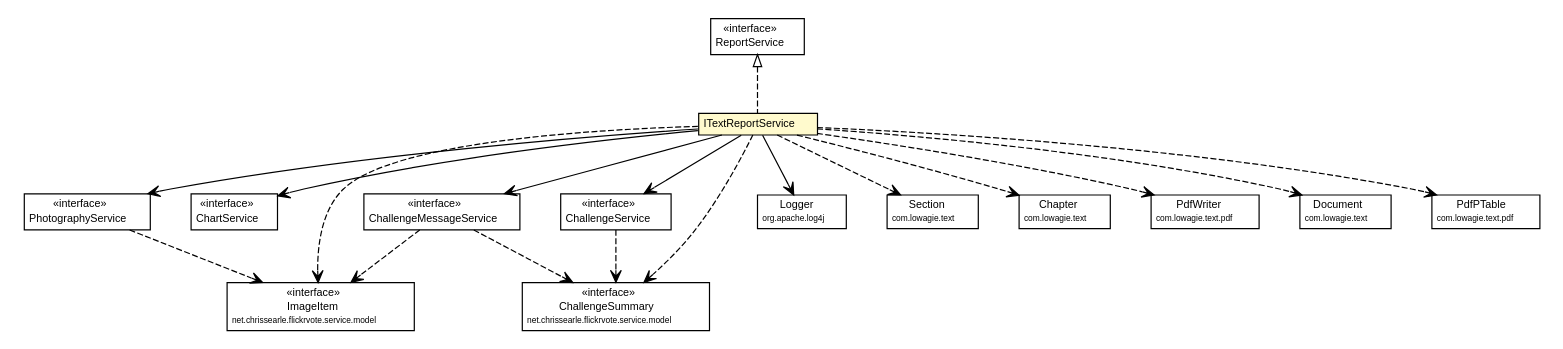
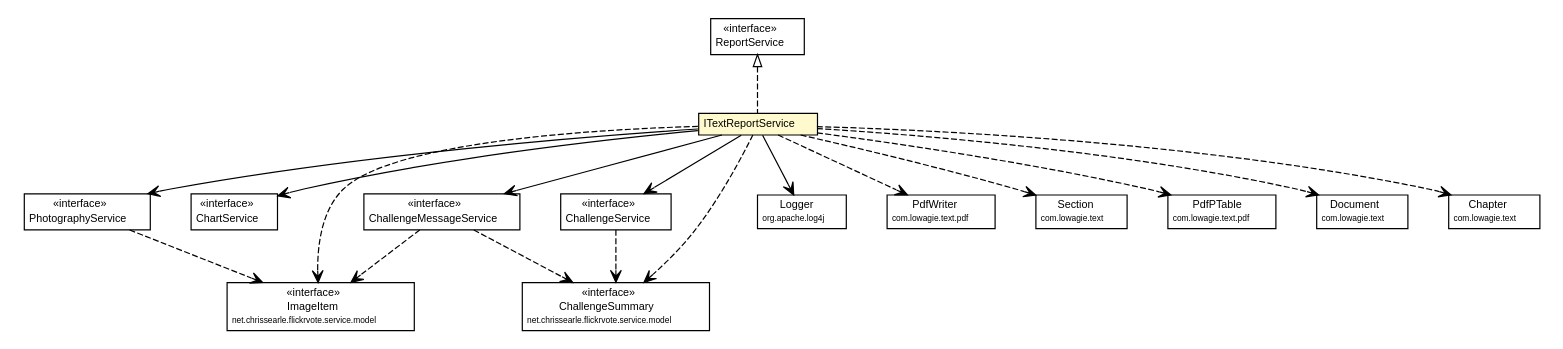
The diagram in apidocs/net/chrissearle/flickrvote/service/ITextReportService.dot (chrissearle/twphch), drawn with Graphviz before and after one commit. The commit also changed 451 other files, not shown here.

```diff
--- a/apidocs/net/chrissearle/flickrvote/service/ITextReportService.dot
+++ b/apidocs/net/chrissearle/flickrvote/service/ITextReportService.dot
@@ -1,143 +1,143 @@
 #!/usr/local/bin/dot
 #
 # Class diagram 
 # Generated by UmlGraph version 4.6 (http://www.spinellis.gr/sw/umlgraph)
 #
 
 digraph G {
 	edge [fontname="Helvetica",fontsize=10,labelfontname="Helvetica",labelfontsize=10];
 	node [fontname="Helvetica",fontsize=10,shape=plaintext];
 	// net.chrissearle.flickrvote.service.ITextReportService
 	c4730 [label=<<table border="0" cellborder="1" cellspacing="0" cellpadding="2" port="p" bgcolor="lemonChiffon" href="./ITextReportService.html">
 		<tr><td><table border="0" cellspacing="0" cellpadding="1">
 			<tr><td> ITextReportService </td></tr>
 		</table></td></tr>
 		</table>>, fontname="Helvetica", fontcolor="black", fontsize=9.0];
 	// net.chrissearle.flickrvote.service.ReportService
 	c4736 [label=<<table border="0" cellborder="1" cellspacing="0" cellpadding="2" port="p" href="./ReportService.html">
 		<tr><td><table border="0" cellspacing="0" cellpadding="1">
 			<tr><td> &laquo;interface&raquo; </td></tr>
 			<tr><td> ReportService </td></tr>
 		</table></td></tr>
 		</table>>, fontname="Helvetica", fontcolor="black", fontsize=9.0];
 	// net.chrissearle.flickrvote.service.PhotographyService
 	c4737 [label=<<table border="0" cellborder="1" cellspacing="0" cellpadding="2" port="p" href="./PhotographyService.html">
 		<tr><td><table border="0" cellspacing="0" cellpadding="1">
 			<tr><td> &laquo;interface&raquo; </td></tr>
 			<tr><td> PhotographyService </td></tr>
 		</table></td></tr>
 		</table>>, fontname="Helvetica", fontcolor="black", fontsize=9.0];
 	// net.chrissearle.flickrvote.service.ChartService
 	c4738 [label=<<table border="0" cellborder="1" cellspacing="0" cellpadding="2" port="p" href="./ChartService.html">
 		<tr><td><table border="0" cellspacing="0" cellpadding="1">
 			<tr><td> &laquo;interface&raquo; </td></tr>
 			<tr><td> ChartService </td></tr>
 		</table></td></tr>
 		</table>>, fontname="Helvetica", fontcolor="black", fontsize=9.0];
 	// net.chrissearle.flickrvote.service.ChallengeService
 	c4739 [label=<<table border="0" cellborder="1" cellspacing="0" cellpadding="2" port="p" href="./ChallengeService.html">
 		<tr><td><table border="0" cellspacing="0" cellpadding="1">
 			<tr><td> &laquo;interface&raquo; </td></tr>
 			<tr><td> ChallengeService </td></tr>
 		</table></td></tr>
 		</table>>, fontname="Helvetica", fontcolor="black", fontsize=9.0];
 	// net.chrissearle.flickrvote.service.ChallengeMessageService
 	c4740 [label=<<table border="0" cellborder="1" cellspacing="0" cellpadding="2" port="p" href="./ChallengeMessageService.html">
 		<tr><td><table border="0" cellspacing="0" cellpadding="1">
 			<tr><td> &laquo;interface&raquo; </td></tr>
 			<tr><td> ChallengeMessageService </td></tr>
 		</table></td></tr>
 		</table>>, fontname="Helvetica", fontcolor="black", fontsize=9.0];
 	// net.chrissearle.flickrvote.service.model.ImageItem
 	c4742 [label=<<table border="0" cellborder="1" cellspacing="0" cellpadding="2" port="p" href="./model/ImageItem.html">
 		<tr><td><table border="0" cellspacing="0" cellpadding="1">
 			<tr><td> &laquo;interface&raquo; </td></tr>
 			<tr><td> ImageItem </td></tr>
 			<tr><td><font point-size="7.0"> net.chrissearle.flickrvote.service.model </font></td></tr>
 		</table></td></tr>
 		</table>>, fontname="Helvetica", fontcolor="black", fontsize=9.0];
 	// net.chrissearle.flickrvote.service.model.ChallengeSummary
 	c4744 [label=<<table border="0" cellborder="1" cellspacing="0" cellpadding="2" port="p" href="./model/ChallengeSummary.html">
 		<tr><td><table border="0" cellspacing="0" cellpadding="1">
 			<tr><td> &laquo;interface&raquo; </td></tr>
 			<tr><td> ChallengeSummary </td></tr>
 			<tr><td><font point-size="7.0"> net.chrissearle.flickrvote.service.model </font></td></tr>
 		</table></td></tr>
 		</table>>, fontname="Helvetica", fontcolor="black", fontsize=9.0];
 	//net.chrissearle.flickrvote.service.ITextReportService implements net.chrissearle.flickrvote.service.ReportService
 	c4736:p -> c4730:p [dir=back,arrowtail=empty,style=dashed];
 	// net.chrissearle.flickrvote.service.ITextReportService NAVASSOC org.apache.log4j.Logger
 	c4730:p -> c4806:p [taillabel="", label="", headlabel="", fontname="Helvetica", fontcolor="black", fontsize=10.0, color="black", arrowhead=open];
 	// net.chrissearle.flickrvote.service.ITextReportService NAVASSOC net.chrissearle.flickrvote.service.ChallengeService
 	c4730:p -> c4739:p [taillabel="", label="", headlabel="", fontname="Helvetica", fontcolor="black", fontsize=10.0, color="black", arrowhead=open];
 	// net.chrissearle.flickrvote.service.ITextReportService NAVASSOC net.chrissearle.flickrvote.service.PhotographyService
 	c4730:p -> c4737:p [taillabel="", label="", headlabel="", fontname="Helvetica", fontcolor="black", fontsize=10.0, color="black", arrowhead=open];
 	// net.chrissearle.flickrvote.service.ITextReportService NAVASSOC net.chrissearle.flickrvote.service.ChallengeMessageService
 	c4730:p -> c4740:p [taillabel="", label="", headlabel="", fontname="Helvetica", fontcolor="black", fontsize=10.0, color="black", arrowhead=open];
 	// net.chrissearle.flickrvote.service.ITextReportService NAVASSOC net.chrissearle.flickrvote.service.ChartService
 	c4730:p -> c4738:p [taillabel="", label="", headlabel="", fontname="Helvetica", fontcolor="black", fontsize=10.0, color="black", arrowhead=open];
+	// net.chrissearle.flickrvote.service.ITextReportService DEPEND com.lowagie.text.pdf.PdfWriter
+	c4730:p -> c4845:p [taillabel="", label="", headlabel="", fontname="Helvetica", fontcolor="black", fontsize=10.0, color="black", arrowhead=open, style=dashed];
 	// net.chrissearle.flickrvote.service.ITextReportService DEPEND com.lowagie.text.Section
-	c4730:p -> c4811:p [taillabel="", label="", headlabel="", fontname="Helvetica", fontcolor="black", fontsize=10.0, color="black", arrowhead=open, style=dashed];
+	c4730:p -> c4849:p [taillabel="", label="", headlabel="", fontname="Helvetica", fontcolor="black", fontsize=10.0, color="black", arrowhead=open, style=dashed];
+	// net.chrissearle.flickrvote.service.ITextReportService DEPEND com.lowagie.text.pdf.PdfPTable
+	c4730:p -> c4854:p [taillabel="", label="", headlabel="", fontname="Helvetica", fontcolor="black", fontsize=10.0, color="black", arrowhead=open, style=dashed];
+	// net.chrissearle.flickrvote.service.ITextReportService DEPEND net.chrissearle.flickrvote.service.model.ImageItem
+	c4730:p -> c4742:p [taillabel="", label="", headlabel="", fontname="Helvetica", fontcolor="black", fontsize=10.0, color="black", arrowhead=open, style=dashed];
+	// net.chrissearle.flickrvote.service.ITextReportService DEPEND com.lowagie.text.Document
+	c4730:p -> c4856:p [taillabel="", label="", headlabel="", fontname="Helvetica", fontcolor="black", fontsize=10.0, color="black", arrowhead=open, style=dashed];
 	// net.chrissearle.flickrvote.service.ITextReportService DEPEND com.lowagie.text.Chapter
-	c4730:p -> c4812:p [taillabel="", label="", headlabel="", fontname="Helvetica", fontcolor="black", fontsize=10.0, color="black", arrowhead=open, style=dashed];
+	c4730:p -> c4857:p [taillabel="", label="", headlabel="", fontname="Helvetica", fontcolor="black", fontsize=10.0, color="black", arrowhead=open, style=dashed];
 	// net.chrissearle.flickrvote.service.ITextReportService DEPEND net.chrissearle.flickrvote.service.model.ChallengeSummary
 	c4730:p -> c4744:p [taillabel="", label="", headlabel="", fontname="Helvetica", fontcolor="black", fontsize=10.0, color="black", arrowhead=open, style=dashed];
-	// net.chrissearle.flickrvote.service.ITextReportService DEPEND net.chrissearle.flickrvote.service.model.ImageItem
-	c4730:p -> c4742:p [taillabel="", label="", headlabel="", fontname="Helvetica", fontcolor="black", fontsize=10.0, color="black", arrowhead=open, style=dashed];
-	// net.chrissearle.flickrvote.service.ITextReportService DEPEND com.lowagie.text.pdf.PdfWriter
-	c4730:p -> c4850:p [taillabel="", label="", headlabel="", fontname="Helvetica", fontcolor="black", fontsize=10.0, color="black", arrowhead=open, style=dashed];
-	// net.chrissearle.flickrvote.service.ITextReportService DEPEND com.lowagie.text.Document
-	c4730:p -> c4852:p [taillabel="", label="", headlabel="", fontname="Helvetica", fontcolor="black", fontsize=10.0, color="black", arrowhead=open, style=dashed];
-	// net.chrissearle.flickrvote.service.ITextReportService DEPEND com.lowagie.text.pdf.PdfPTable
-	c4730:p -> c4857:p [taillabel="", label="", headlabel="", fontname="Helvetica", fontcolor="black", fontsize=10.0, color="black", arrowhead=open, style=dashed];
 	// net.chrissearle.flickrvote.service.PhotographyService DEPEND net.chrissearle.flickrvote.service.model.ImageItem
 	c4737:p -> c4742:p [taillabel="", label="", headlabel="", fontname="Helvetica", fontcolor="black", fontsize=10.0, color="black", arrowhead=open, style=dashed];
 	// net.chrissearle.flickrvote.service.ChallengeService DEPEND net.chrissearle.flickrvote.service.model.ChallengeSummary
 	c4739:p -> c4744:p [taillabel="", label="", headlabel="", fontname="Helvetica", fontcolor="black", fontsize=10.0, color="black", arrowhead=open, style=dashed];
+	// net.chrissearle.flickrvote.service.ChallengeMessageService DEPEND net.chrissearle.flickrvote.service.model.ImageItem
+	c4740:p -> c4742:p [taillabel="", label="", headlabel="", fontname="Helvetica", fontcolor="black", fontsize=10.0, color="black", arrowhead=open, style=dashed];
 	// net.chrissearle.flickrvote.service.ChallengeMessageService DEPEND net.chrissearle.flickrvote.service.model.ChallengeSummary
 	c4740:p -> c4744:p [taillabel="", label="", headlabel="", fontname="Helvetica", fontcolor="black", fontsize=10.0, color="black", arrowhead=open, style=dashed];
-	// net.chrissearle.flickrvote.service.ChallengeMessageService DEPEND net.chrissearle.flickrvote.service.model.ImageItem
-	c4740:p -> c4742:p [taillabel="", label="", headlabel="", fontname="Helvetica", fontcolor="black", fontsize=10.0, color="black", arrowhead=open, style=dashed];
 	// com.lowagie.text.Document
-	c4852 [label=<<table border="0" cellborder="1" cellspacing="0" cellpadding="2" port="p">
+	c4856 [label=<<table border="0" cellborder="1" cellspacing="0" cellpadding="2" port="p">
 		<tr><td><table border="0" cellspacing="0" cellpadding="1">
 			<tr><td> Document </td></tr>
 			<tr><td><font point-size="7.0"> com.lowagie.text </font></td></tr>
 		</table></td></tr>
 		</table>>, fontname="Helvetica", fontcolor="black", fontsize=9.0];
 	// org.apache.log4j.Logger
 	c4806 [label=<<table border="0" cellborder="1" cellspacing="0" cellpadding="2" port="p">
 		<tr><td><table border="0" cellspacing="0" cellpadding="1">
 			<tr><td> Logger </td></tr>
 			<tr><td><font point-size="7.0"> org.apache.log4j </font></td></tr>
 		</table></td></tr>
 		</table>>, fontname="Helvetica", fontcolor="black", fontsize=9.0];
 	// com.lowagie.text.pdf.PdfPTable
-	c4857 [label=<<table border="0" cellborder="1" cellspacing="0" cellpadding="2" port="p">
+	c4854 [label=<<table border="0" cellborder="1" cellspacing="0" cellpadding="2" port="p">
 		<tr><td><table border="0" cellspacing="0" cellpadding="1">
 			<tr><td> PdfPTable </td></tr>
 			<tr><td><font point-size="7.0"> com.lowagie.text.pdf </font></td></tr>
 		</table></td></tr>
 		</table>>, fontname="Helvetica", fontcolor="black", fontsize=9.0];
 	// com.lowagie.text.Chapter
-	c4812 [label=<<table border="0" cellborder="1" cellspacing="0" cellpadding="2" port="p">
+	c4857 [label=<<table border="0" cellborder="1" cellspacing="0" cellpadding="2" port="p">
 		<tr><td><table border="0" cellspacing="0" cellpadding="1">
 			<tr><td> Chapter </td></tr>
 			<tr><td><font point-size="7.0"> com.lowagie.text </font></td></tr>
 		</table></td></tr>
 		</table>>, fontname="Helvetica", fontcolor="black", fontsize=9.0];
 	// com.lowagie.text.pdf.PdfWriter
-	c4850 [label=<<table border="0" cellborder="1" cellspacing="0" cellpadding="2" port="p">
+	c4845 [label=<<table border="0" cellborder="1" cellspacing="0" cellpadding="2" port="p">
 		<tr><td><table border="0" cellspacing="0" cellpadding="1">
 			<tr><td> PdfWriter </td></tr>
 			<tr><td><font point-size="7.0"> com.lowagie.text.pdf </font></td></tr>
 		</table></td></tr>
 		</table>>, fontname="Helvetica", fontcolor="black", fontsize=9.0];
 	// com.lowagie.text.Section
-	c4811 [label=<<table border="0" cellborder="1" cellspacing="0" cellpadding="2" port="p">
+	c4849 [label=<<table border="0" cellborder="1" cellspacing="0" cellpadding="2" port="p">
 		<tr><td><table border="0" cellspacing="0" cellpadding="1">
 			<tr><td> Section </td></tr>
 			<tr><td><font point-size="7.0"> com.lowagie.text </font></td></tr>
 		</table></td></tr>
 		</table>>, fontname="Helvetica", fontcolor="black", fontsize=9.0];
 }
```
